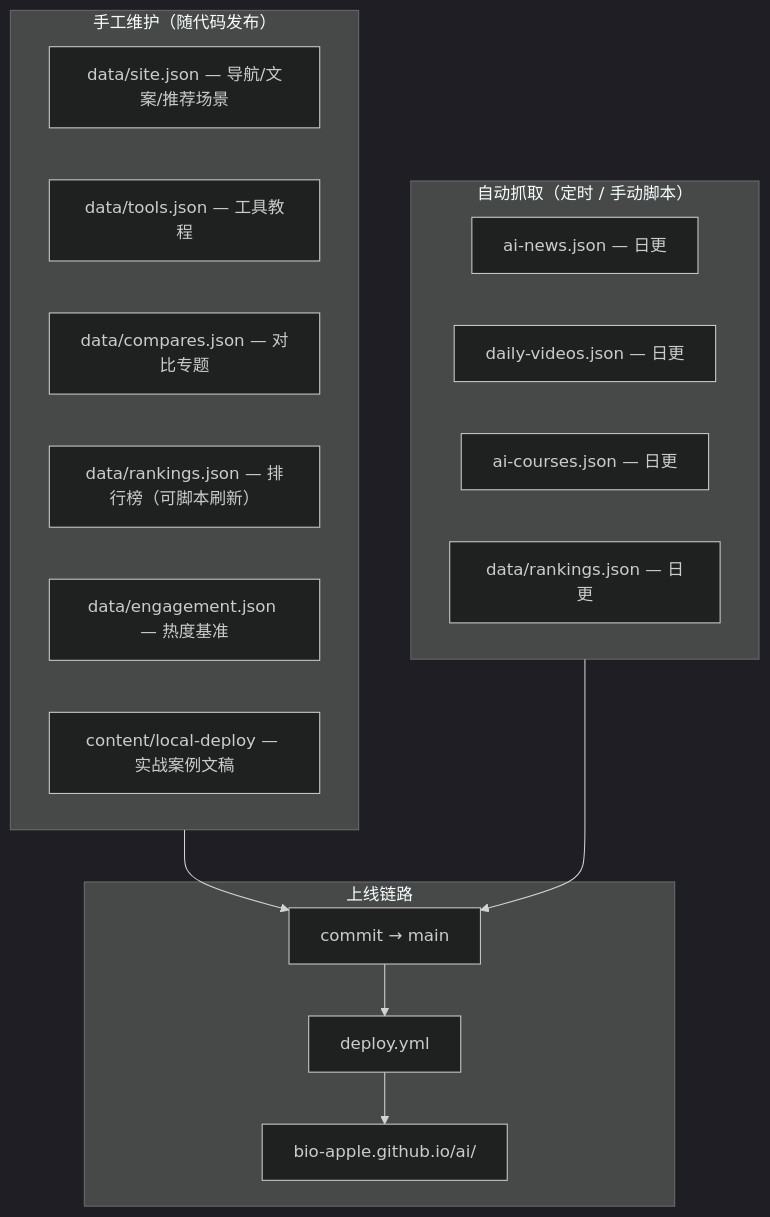
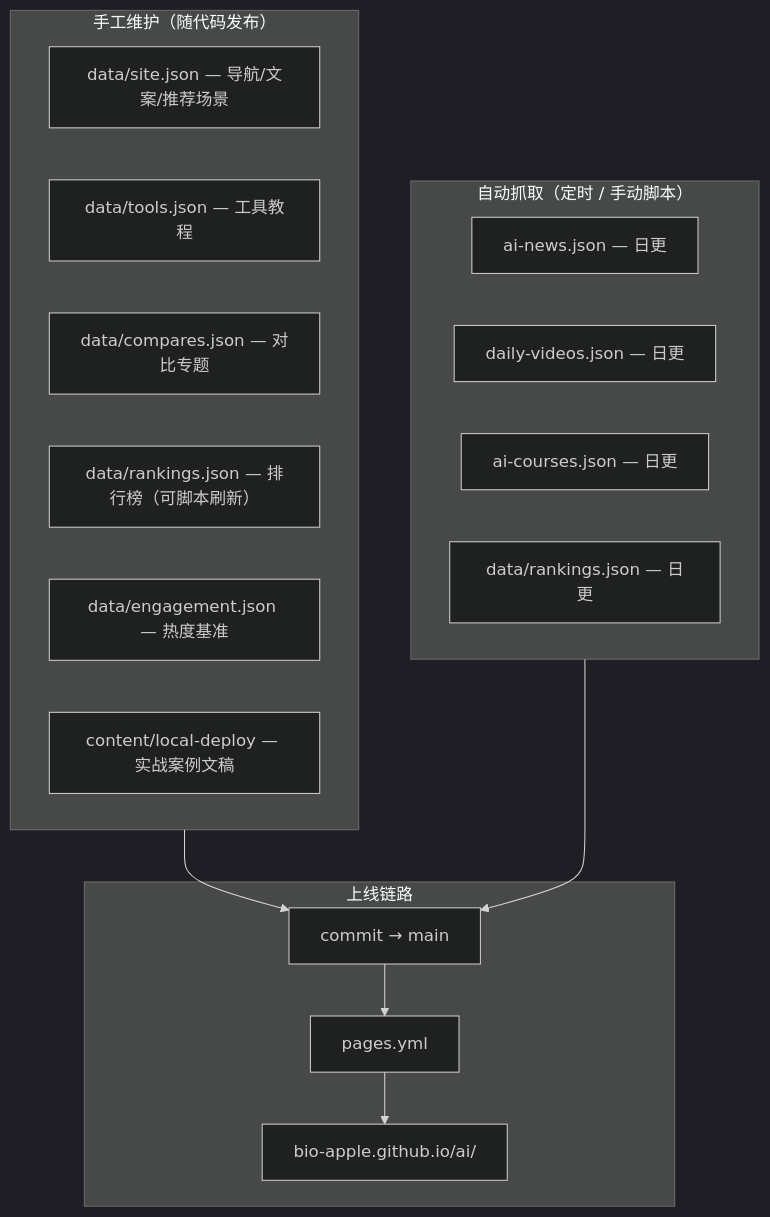
One commit to bio-apple/ai changed the first of 2 diagrams in docs/CONTENT-OPS.md. Above: the diagram before and after it, drawn with Mermaid (dark theme). The commit also changed other lines of this file and 19 other files, not shown here.

````diff
--- a/docs/CONTENT-OPS.md
+++ b/docs/CONTENT-OPS.md
@@ -11,28 +11,28 @@
 ```mermaid
 flowchart TB
   subgraph manual["手工维护（随代码发布）"]
     M1["data/site.json — 导航/文案/推荐场景"]
     M2["data/tools.json — 工具教程"]
     M3["data/compares.json — 对比专题"]
     M4["data/rankings.json — 排行榜（可脚本刷新）"]
     M5["data/engagement.json — 热度基准"]
     M6["content/local-deploy — 实战案例文稿"]
   end
 
   subgraph auto["自动抓取（定时 / 手动脚本）"]
     A1["ai-news.json — 日更"]
     A2["daily-videos.json — 日更"]
     A3["ai-courses.json — 日更"]
     A4["data/rankings.json — 日更"]
   end
 
   subgraph pipeline["上线链路"]
     GIT["commit → main"]
-    DEPLOY["deploy.yml"]
+    DEPLOY["pages.yml"]
     LIVE["bio-apple.github.io/ai/"]
   end
 
   manual --> GIT
   auto --> GIT
   GIT --> DEPLOY --> LIVE
 ```
````
